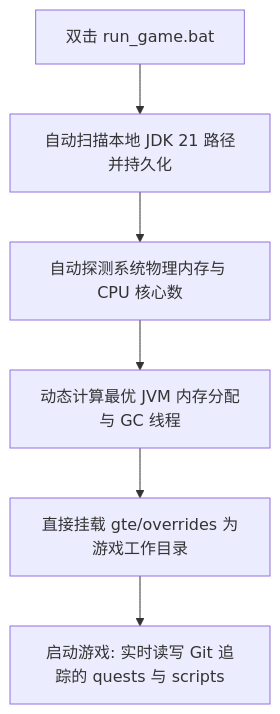
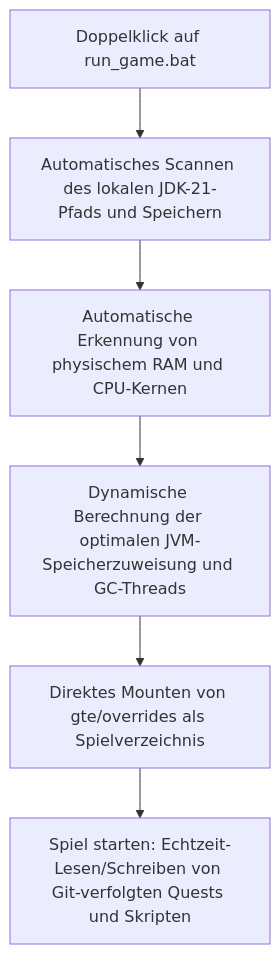
The diagram in docs/de/development/runtime-and-launchers.md (takanashisatou/GregtechEasy-Docs), drawn with Mermaid before and after one commit. The commit also changed other lines of this file and 99 other files, not shown here.

````diff
--- a/docs/de/development/runtime-and-launchers.md
+++ b/docs/de/development/runtime-and-launchers.md
@@ -11,8 +11,8 @@
 ```mermaid
 graph TD
-    A[双击 run_game.bat] --> B[自动扫描本地 JDK 21 路径并持久化]
-    B --> C[自动探测系统物理内存与 CPU 核心数]
-    C --> D[动态计算最优 JVM 内存分配与 GC 线程]
-    D --> E[直接挂载 gte/overrides 为游戏工作目录]
-    E --> F[启动游戏: 实时读写 Git 追踪的 quests 与 scripts]
+    A[Doppelklick auf run_game.bat] --> B[Automatisches Scannen des lokalen JDK-21-Pfads und Speichern]
+    B --> C[Automatische Erkennung von physischem RAM und CPU-Kernen]
+    C --> D[Dynamische Berechnung der optimalen JVM-Speicherzuweisung und GC-Threads]
+    D --> E[Direktes Mounten von gte/overrides als Spielverzeichnis]
+    E --> F[Spiel starten: Echtzeit-Lesen/Schreiben von Git-verfolgten Quests und Skripten]
 ```
````
